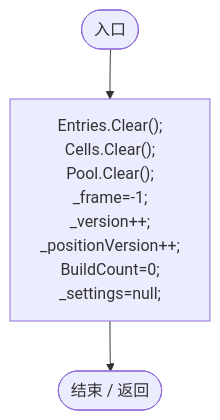
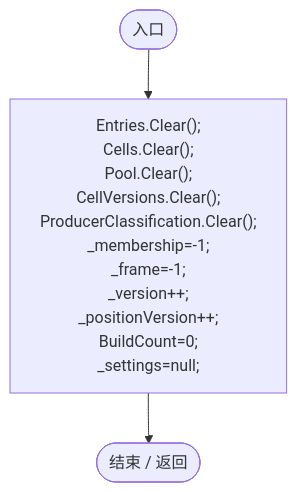
One commit to xhs6666/Darwin_paradise changed diagram 18 of 18 in Docs/运行流程图/脚本/e5e24c4aff0395b1.md. Above: the diagram before and after it, drawn with Mermaid. The commit also changed other lines of this file and 233 other files, not shown here.

````diff
--- a/Docs/运行流程图/脚本/e5e24c4aff0395b1.md
+++ b/Docs/运行流程图/脚本/e5e24c4aff0395b1.md
@@ -674,9 +804,9 @@
 ```mermaid
 flowchart TD
   b0(["入口"])
-  b1["Entries.Clear();<br/>Cells.Clear();<br/>Pool.Clear();<br/>_frame=-1;<br/>_version++;<br/>_positionVersion++;<br/>BuildCount=0;<br/>_settings=null;"]
+  b1["Entries.Clear();<br/>Cells.Clear();<br/>Pool.Clear();<br/>CellVersions.Clear();<br/>ProducerClassification.Clear();<br/>_membership=-1;<br/>_frame=-1;<br/>_version++;<br/>_positionVersion++;<br/>BuildCount=0;<br/>_settings=null;"]
   b2(["结束 / 返回"])
   b0 --> b1
   b1 --> b2
 
 ```
````
